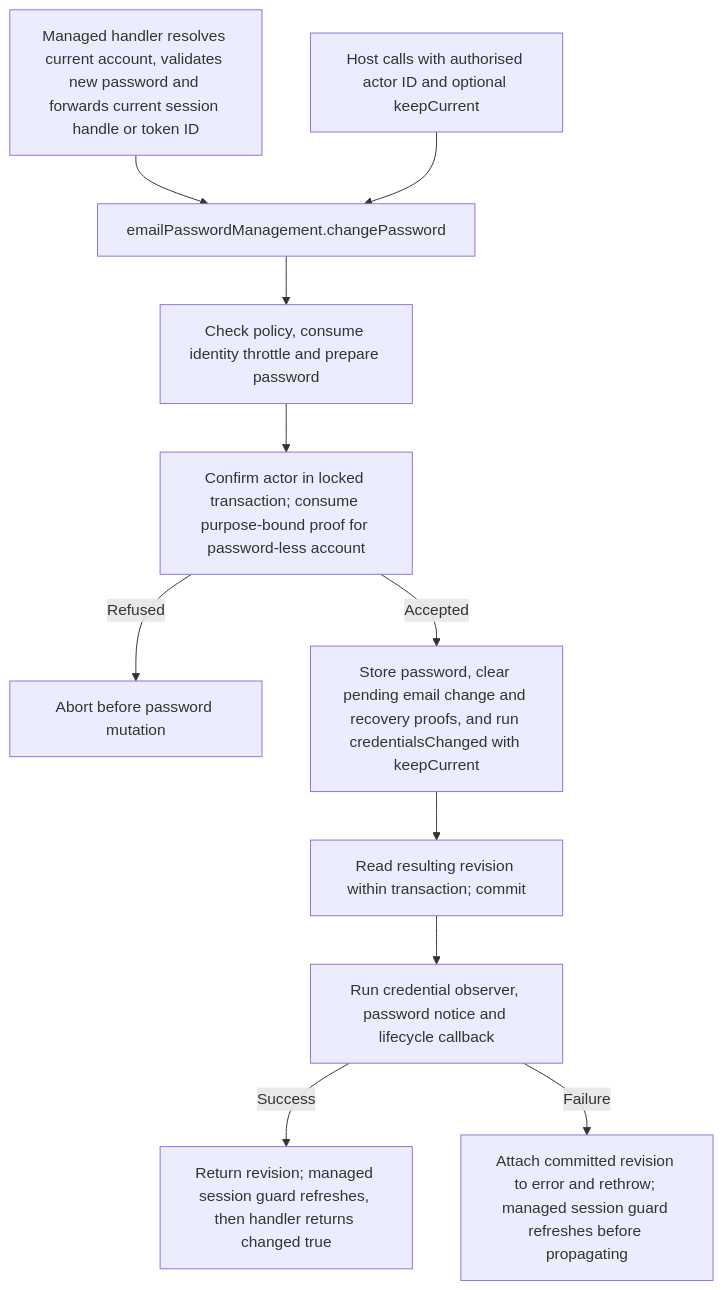
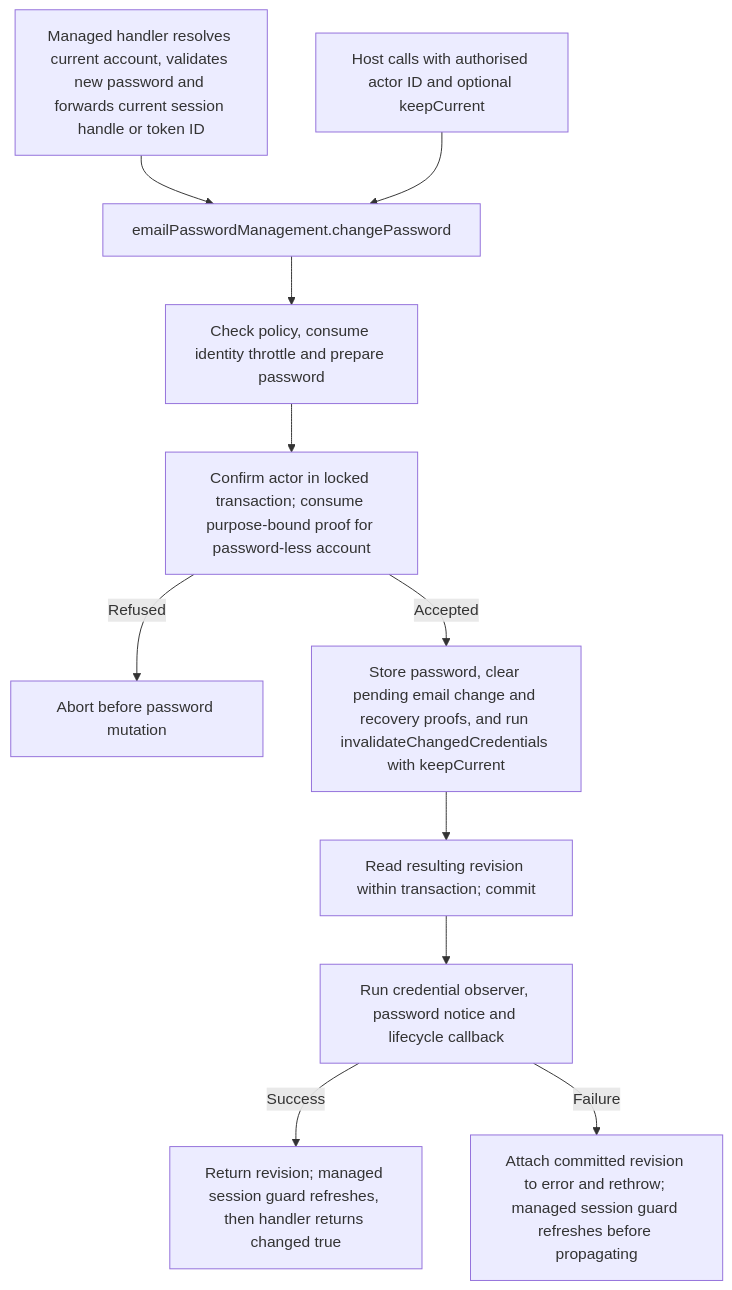
One commit to Kevinjohn/oss-adonisjs-account-kit changed the second of 2 diagrams in user-stories/US-ACCOUNT-05-change-password.md. Above: the diagram before and after it, drawn with Mermaid. The commit also changed other lines of this file and 29 other files, not shown here.

````diff
--- a/user-stories/US-ACCOUNT-05-change-password.md
+++ b/user-stories/US-ACCOUNT-05-change-password.md
@@ -35,13 +35,13 @@
 ```mermaid
 flowchart TD
   M["Managed handler resolves current account, validates new password and forwards current session handle or token ID"] --> A["emailPasswordManagement.changePassword"]
   H0["Host calls with authorised actor ID and optional keepCurrent"] --> A
   A --> B["Check policy, consume identity throttle and prepare password"]
   B --> C["Confirm actor in locked transaction; consume purpose-bound proof for password-less account"]
   C -->|Refused| E["Abort before password mutation"]
-  C -->|Accepted| F["Store password, clear pending email change and recovery proofs, and run credentialsChanged with keepCurrent"]
+  C -->|Accepted| F["Store password, clear pending email change and recovery proofs, and run invalidateChangedCredentials with keepCurrent"]
   F --> G["Read resulting revision within transaction; commit"]
   G --> H["Run credential observer, password notice and lifecycle callback"]
   H -->|Success| J["Return revision; managed session guard refreshes, then handler returns changed true"]
   H -->|Failure| K["Attach committed revision to error and rethrow; managed session guard refreshes before propagating"]
 ```
````
